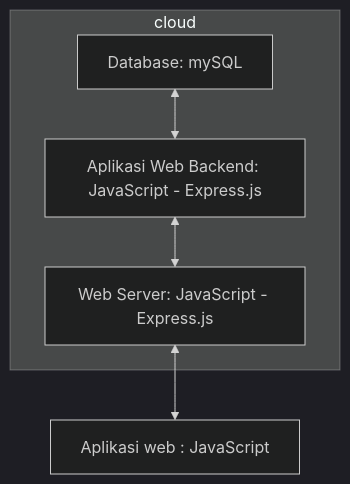
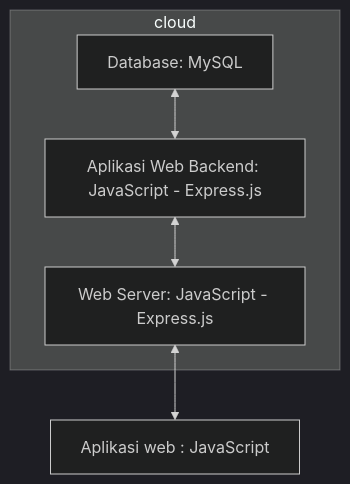
Before and after one commit to idhahamidaturrosadi19/App-web: the second of 2 diagrams in README.md, drawn with Mermaid (dark theme).

````diff
--- a/README.md
+++ b/README.md
@@ -96,8 +96,8 @@
 ```mermaid
 flowchart BT 
   subgraph cloud
     B[Web Server: JavaScript - Express.js] <--> C[Aplikasi Web Backend: JavaScript - Express.js] 
-    C <--> D[Database: mySQL] 
+    C <--> D[Database: MySQL] 
   end
   A[Aplikasi web : JavaScript] <--> B
 ```
````
